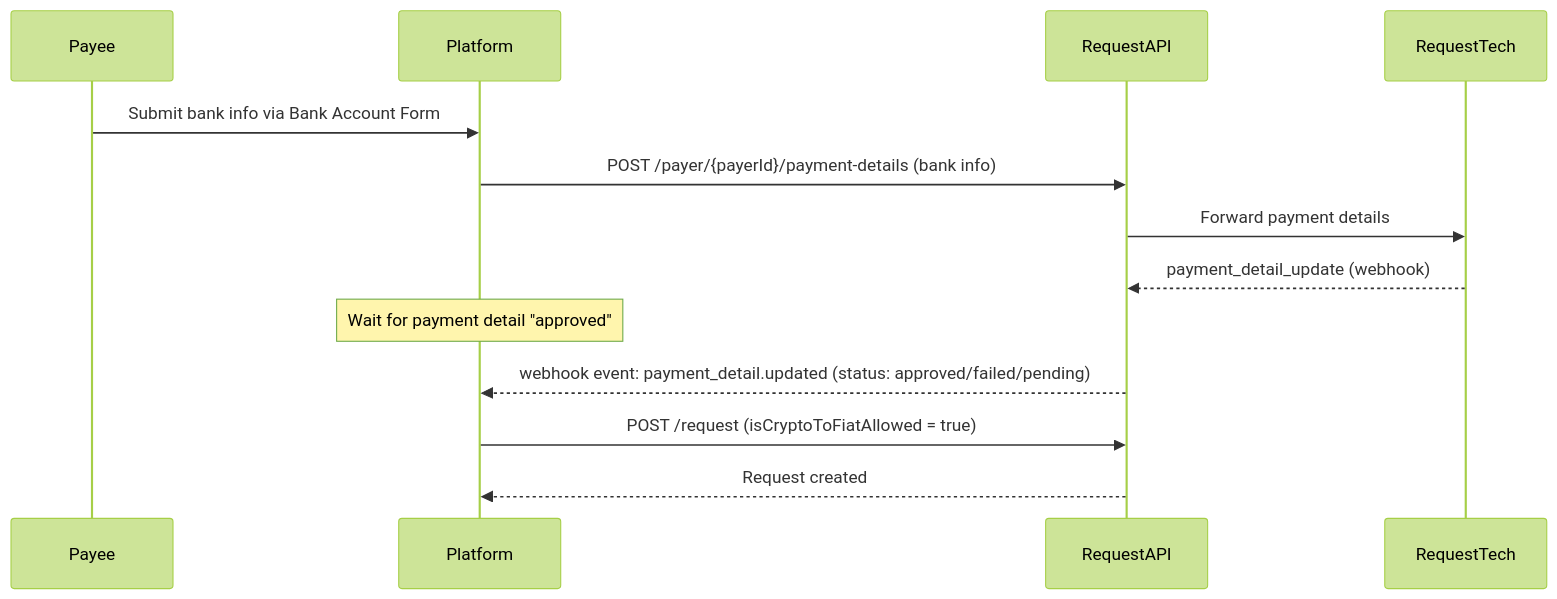
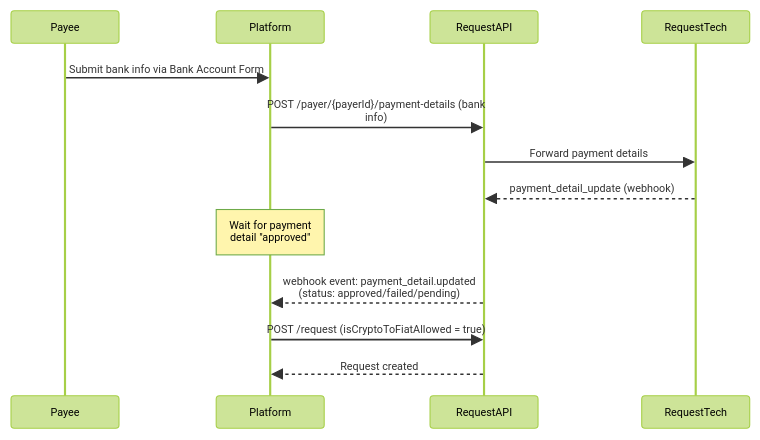
Before and after one commit to RequestNetwork/docs.request.network: the second of 3 diagrams in docs/request-network-api/crypto-to-fiat-payments.md, drawn with Mermaid (forest theme). The commit also changed other lines of this file and 1 other file, not shown here.

Commit message:
GITBOOK-152: Rodrigo's May 29 changes - Fixes for Sequence Diagrams

````diff
--- a/docs/request-network-api/crypto-to-fiat-payments.md
+++ b/docs/request-network-api/crypto-to-fiat-payments.md
@@ -111,16 +121,26 @@
 ```mermaid fullWidth="false"
+---
+config:
+  fontSize: 10
+  sequence:
+    wrap: true
+    actorMargin: 90
+    width: 100
+    height: 30
+---
+
 sequenceDiagram
     participant Payee
     participant Platform
     participant RequestAPI
     participant RequestTech
 
     Payee->>Platform: Submit bank info via Bank Account Form
     Platform->>RequestAPI: POST /payer/{payerId}/payment-details (bank info)
     RequestAPI->>RequestTech: Forward payment details
     RequestTech-->>RequestAPI: payment_detail_update (webhook)
     Note over Platform: Wait for payment detail "approved"
     RequestAPI-->>Platform: webhook event: payment_detail.updated (status: approved/failed/pending)
     Platform->>RequestAPI: POST /request (isCryptoToFiatAllowed = true)
     RequestAPI-->>Platform: Request created
 ```
````
